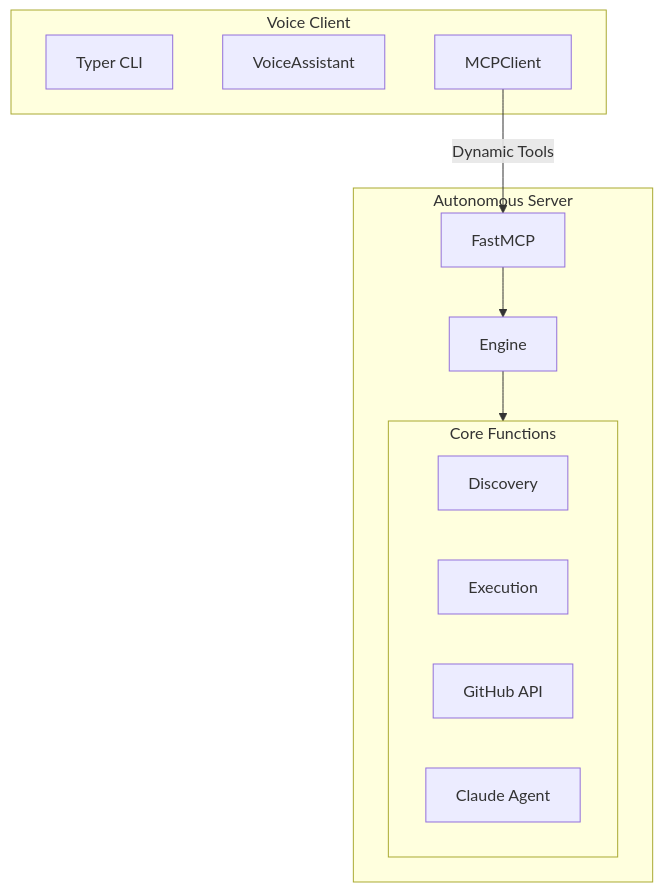
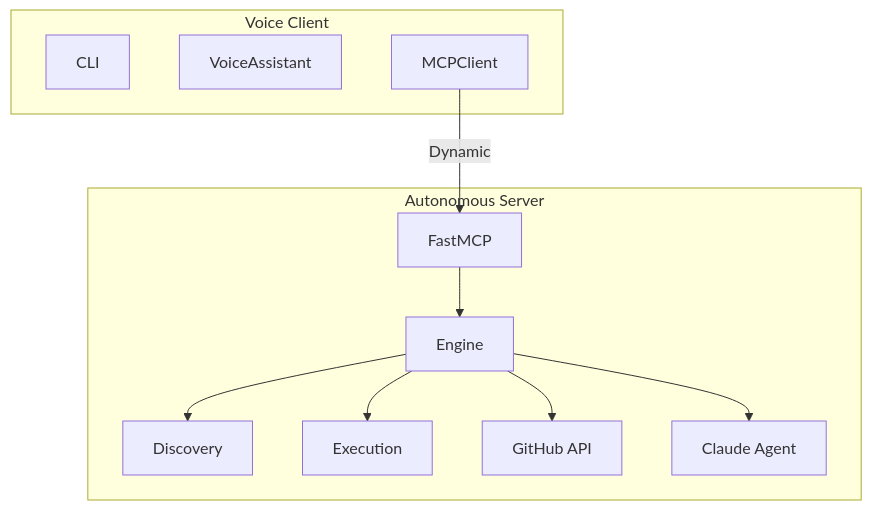
The diagram in README.md (yhinai/CodeVox), drawn with Mermaid before and after one commit. The commit also changed other lines of this file, not shown here.

````diff
--- a/README.md
+++ b/README.md
@@ -7,23 +14,24 @@
 ```mermaid
 flowchart TB
     subgraph Server["Autonomous Server"]
         FMCP["FastMCP"]
         ENG["Engine"]
-        subgraph Core["Core Functions"]
-            DISC["Discovery"]
-            EXEC["Execution"]
-            GH["GitHub API"]
-            CL["Claude Agent"]
-        end
+        DISC["Discovery"]
+        EXEC["Execution"]
+        GH["GitHub API"]
+        CL["Claude Agent"]
     end
 
     subgraph Client["Voice Client"]
-        CLI["Typer CLI"]
+        CLI["CLI"]
         VA["VoiceAssistant"]
         MCP_C["MCPClient"]
     end
 
     FMCP --> ENG
-    ENG --> Core
-    MCP_C -->|"Dynamic Tools"| FMCP
+    ENG --> DISC
+    ENG --> EXEC
+    ENG --> GH
+    ENG --> CL
+    MCP_C -->|"Dynamic"| FMCP
 ```
````
